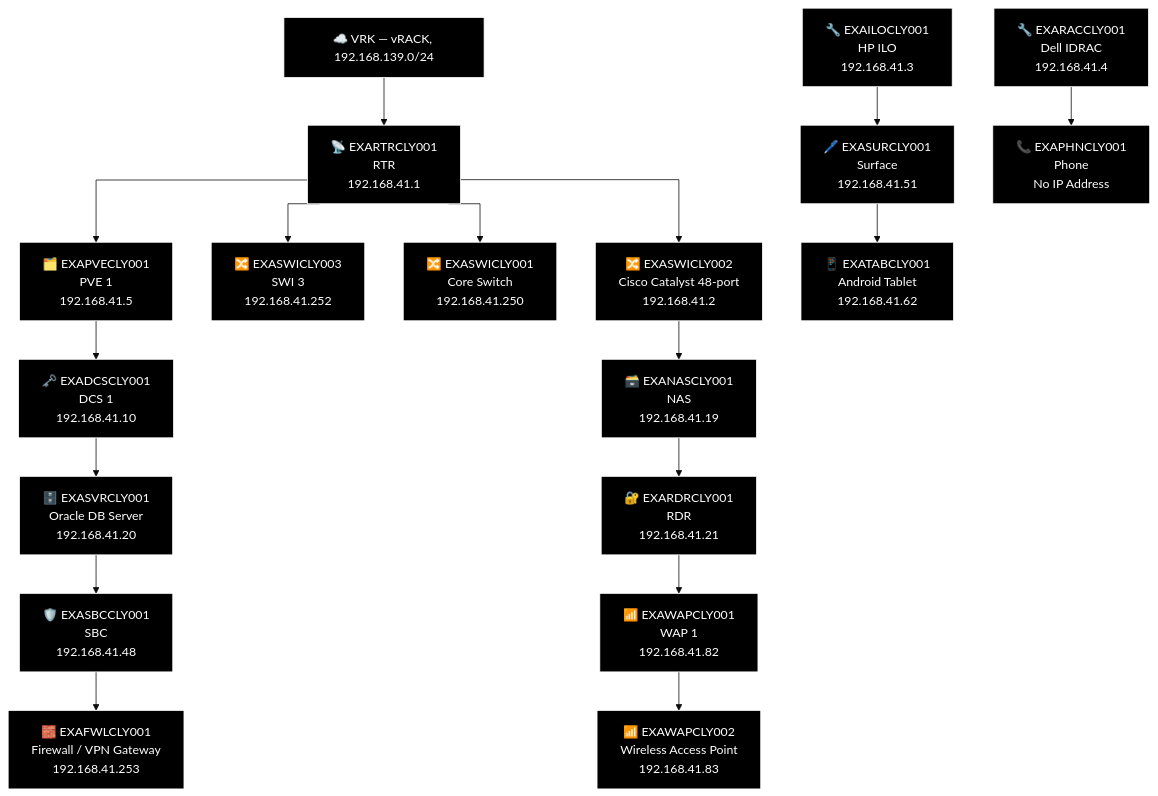
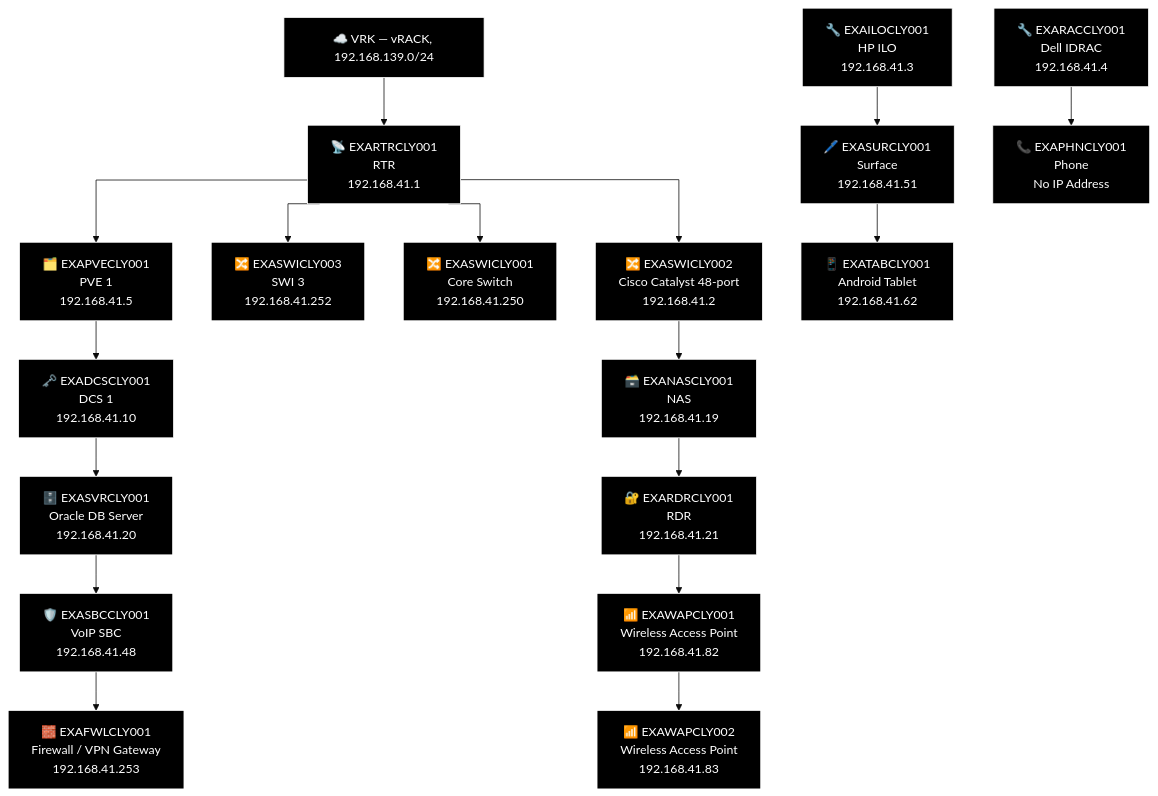
Before and after one commit to knightmare2600/example_music_infra: diagram 12 of 21 in docs/network-diagram/scotland.md, drawn with Mermaid (base theme). The commit also changed other lines of this file and 36 other files, not shown here.

First line of the commit message:
devices.csv: add real WAP/SBC/RAC/NAS/ILO/FWL rows for the missing-row backlog

````diff
--- a/docs/network-diagram/scotland.md
+++ b/docs/network-diagram/scotland.md
@@ -721,53 +721,53 @@
 ```mermaid
 %% GENERATED:TOPOLOGY:CLY:START
 %%{init: {'flowchart': {'curve': 'stepAfter'}}}%%
 graph TD
     T_VRK["☁️ VRK — vRACK, 192.168.139.0/24"]
     T_RTR["📡 EXARTRCLY001<br/>RTR<br/>192.168.41.1"]
     T_VRK --> T_RTR
     T_PVE["🗂️ EXAPVECLY001<br/>PVE 1<br/>192.168.41.5"]
     T_RTR --> T_PVE
     T_SWI["🔀 EXASWICLY003<br/>SWI 3<br/>192.168.41.252"]
     T_RTR --> T_SWI
     T_SWI2["🔀 EXASWICLY001<br/>Core Switch<br/>192.168.41.250"]
     T_RTR --> T_SWI2
     T_SWI3["🔀 EXASWICLY002<br/>Cisco Catalyst 48-port<br/>192.168.41.2"]
     T_RTR --> T_SWI3
     T_NAS["🗃️ EXANASCLY001<br/>NAS<br/>192.168.41.19"]
     T_RDR["🔐 EXARDRCLY001<br/>RDR<br/>192.168.41.21"]
-    T_WAP["📶 EXAWAPCLY001<br/>WAP 1<br/>192.168.41.82"]
+    T_WAP["📶 EXAWAPCLY001<br/>Wireless Access Point<br/>192.168.41.82"]
     T_WAP2["📶 EXAWAPCLY002<br/>Wireless Access Point<br/>192.168.41.83"]
     T_SWI3 --> T_NAS --> T_RDR --> T_WAP --> T_WAP2
     T_DCS["🗝️ EXADCSCLY001<br/>DCS 1<br/>192.168.41.10"]
     T_SVR["🗄️ EXASVRCLY001<br/>Oracle DB Server<br/>192.168.41.20"]
-    T_SBC["🛡️ EXASBCCLY001<br/>SBC<br/>192.168.41.48"]
+    T_SBC["🛡️ EXASBCCLY001<br/>VoIP SBC<br/>192.168.41.48"]
     T_FWL["🧱 EXAFWLCLY001<br/>Firewall / VPN Gateway<br/>192.168.41.253"]
     T_PVE --> T_DCS --> T_SVR --> T_SBC --> T_FWL
     T_ILO["🔧 EXAILOCLY001<br/>HP ILO<br/>192.168.41.3"]
     T_RAC["🔧 EXARACCLY001<br/>Dell IDRAC<br/>192.168.41.4"]
     T_SUR["🖊️ EXASURCLY001<br/>Surface<br/>192.168.41.51"]
     T_PHN["📞 EXAPHNCLY001<br/>Phone<br/>No IP Address"]
     T_TAB["📱 EXATABCLY001<br/>Android Tablet<br/>192.168.41.62"]
     T_ILO --> T_SUR --> T_TAB
     T_RAC --> T_PHN
     style T_VRK fill:#000000,stroke:#FFFFFF,color:#FFFFFF
     style T_RTR fill:#000000,stroke:#FFFFFF,color:#FFFFFF
     style T_PVE fill:#000000,stroke:#FFFFFF,color:#FFFFFF
     style T_SWI fill:#000000,stroke:#FFFFFF,color:#FFFFFF
     style T_SWI2 fill:#000000,stroke:#FFFFFF,color:#FFFFFF
     style T_SWI3 fill:#000000,stroke:#FFFFFF,color:#FFFFFF
     style T_NAS fill:#000000,stroke:#FFFFFF,color:#FFFFFF
     style T_RDR fill:#000000,stroke:#FFFFFF,color:#FFFFFF
     style T_WAP fill:#000000,stroke:#FFFFFF,color:#FFFFFF
     style T_WAP2 fill:#000000,stroke:#FFFFFF,color:#FFFFFF
     style T_DCS fill:#000000,stroke:#FFFFFF,color:#FFFFFF
     style T_SVR fill:#000000,stroke:#FFFFFF,color:#FFFFFF
     style T_SBC fill:#000000,stroke:#FFFFFF,color:#FFFFFF
     style T_FWL fill:#000000,stroke:#FFFFFF,color:#FFFFFF
     style T_ILO fill:#000000,stroke:#FFFFFF,color:#FFFFFF
     style T_RAC fill:#000000,stroke:#FFFFFF,color:#FFFFFF
     style T_SUR fill:#000000,stroke:#FFFFFF,color:#FFFFFF
     style T_PHN fill:#000000,stroke:#FFFFFF,color:#FFFFFF
     style T_TAB fill:#000000,stroke:#FFFFFF,color:#FFFFFF
 %% GENERATED:TOPOLOGY:CLY:END
 ```
````
